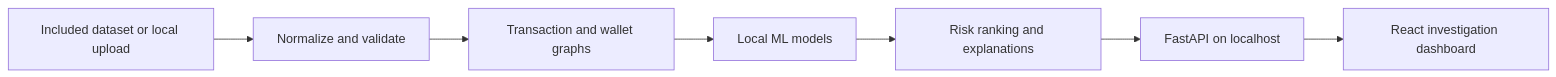
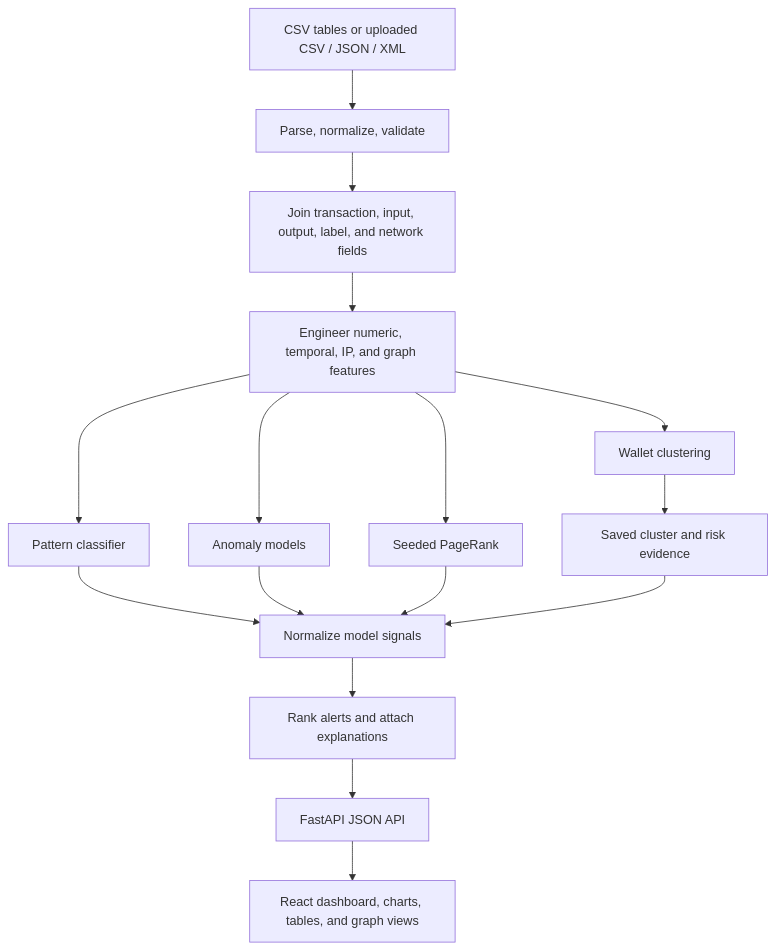
The third of 3 diagrams in README.md (Pranjalhiray/TeamNEOTRIX), drawn with Mermaid before and after one commit. The commit also changed other lines of this file, not shown here.

````diff
--- a/README.md
+++ b/README.md
@@ -23,9 +100,18 @@
 ```mermaid
-flowchart LR
-    A[Included dataset or local upload] --> B[Normalize and validate]
-    B --> C[Transaction and wallet graphs]
-    C --> D[Local ML models]
-    D --> E[Risk ranking and explanations]
-    E --> F[FastAPI on localhost]
-    F --> G[React investigation dashboard]
+flowchart TD
+  A[CSV tables or uploaded CSV / JSON / XML] --> B[Parse, normalize, validate]
+  B --> C[Join transaction, input, output, label, and network fields]
+  C --> D[Engineer numeric, temporal, IP, and graph features]
+  D --> E1[Wallet clustering]
+  D --> E2[Pattern classifier]
+  D --> E3[Anomaly models]
+  D --> E4[Seeded PageRank]
+  E1 --> F[Saved cluster and risk evidence]
+  E2 --> G[Normalize model signals]
+  E3 --> G
+  E4 --> G
+  F --> G
+  G --> H[Rank alerts and attach explanations]
+  H --> I[FastAPI JSON API]
+  I --> J[React dashboard, charts, tables, and graph views]
 ```
````
